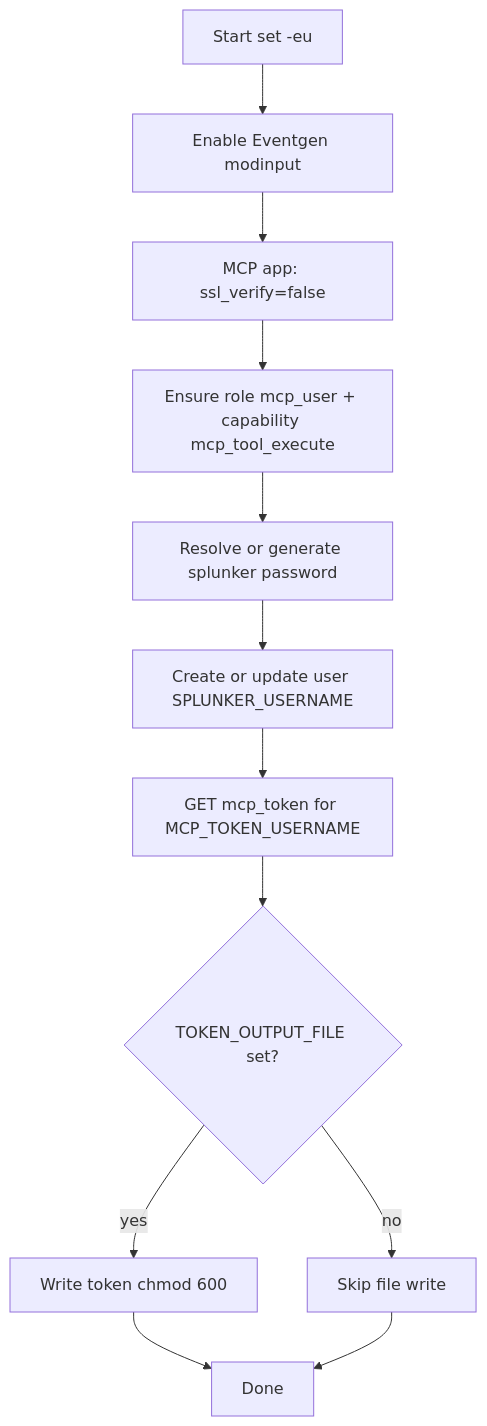
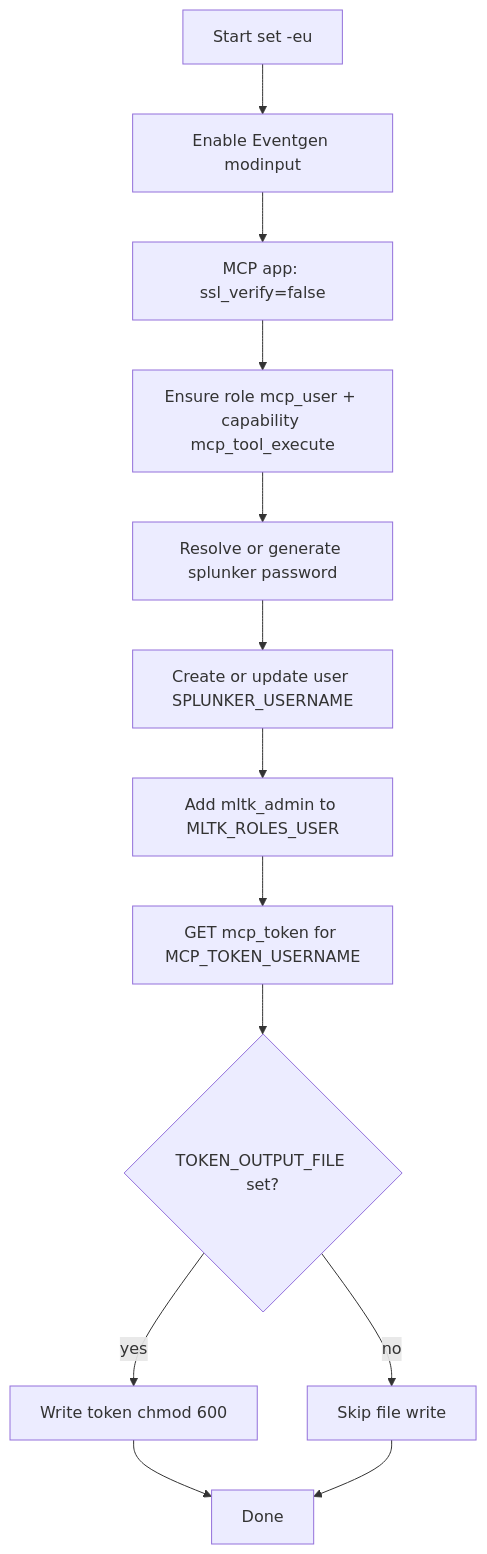
The second of 3 diagrams in docs/SETUP_SPLUNK_SCRIPT.md (dd-Splunk/splunk-mcp), drawn with Mermaid before and after one commit. The commit also changed other lines of this file and 9 other files, not shown here.

````diff
--- a/docs/SETUP_SPLUNK_SCRIPT.md
+++ b/docs/SETUP_SPLUNK_SCRIPT.md
@@ -72,14 +74,15 @@
 ```mermaid
 flowchart TD
   A[Start set -eu] --> B[Enable Eventgen modinput]
   B --> C[MCP app: ssl_verify=false]
   C --> D[Ensure role mcp_user + capability mcp_tool_execute]
   D --> E[Resolve or generate splunker password]
   E --> F[Create or update user SPLUNKER_USERNAME]
-  F --> G[GET mcp_token for MCP_TOKEN_USERNAME]
+  F --> D2[Add mltk_admin to MLTK_ROLES_USER]
+  D2 --> G[GET mcp_token for MCP_TOKEN_USERNAME]
   G --> H{TOKEN_OUTPUT_FILE set?}
   H -->|yes| I[Write token chmod 600]
   H -->|no| J[Skip file write]
   I --> K[Done]
   J --> K
 ```
````
